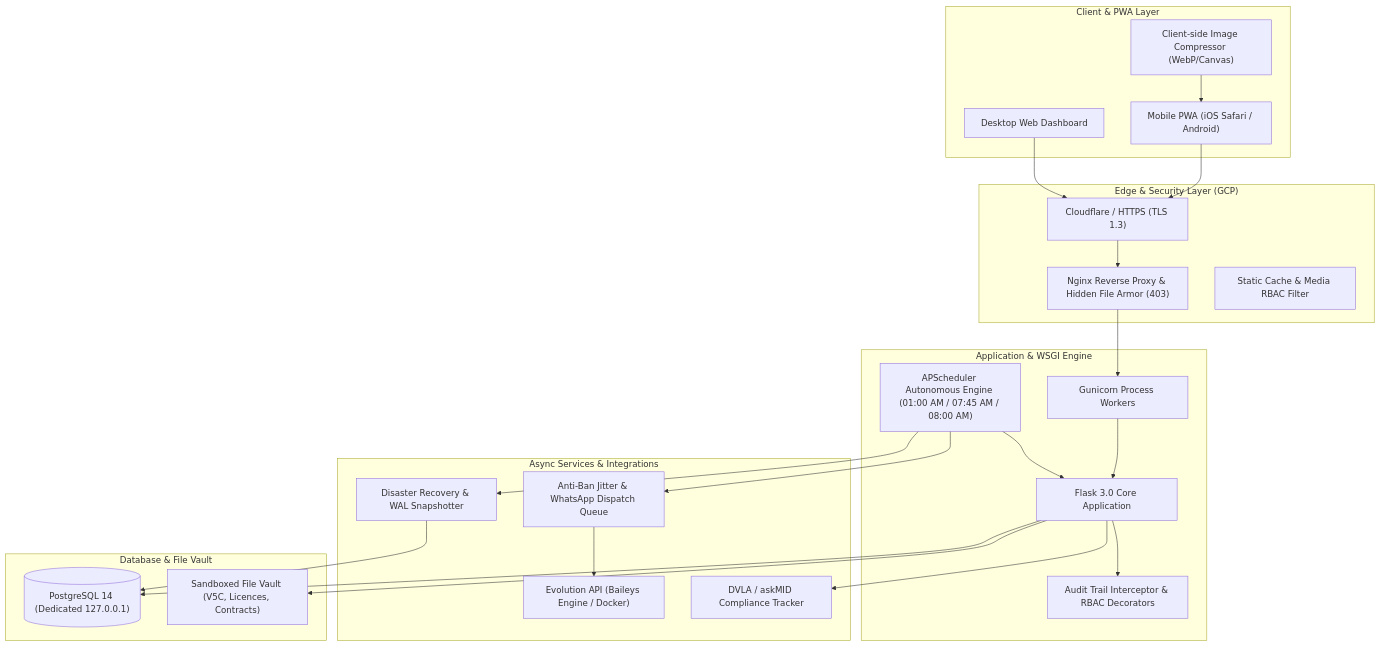
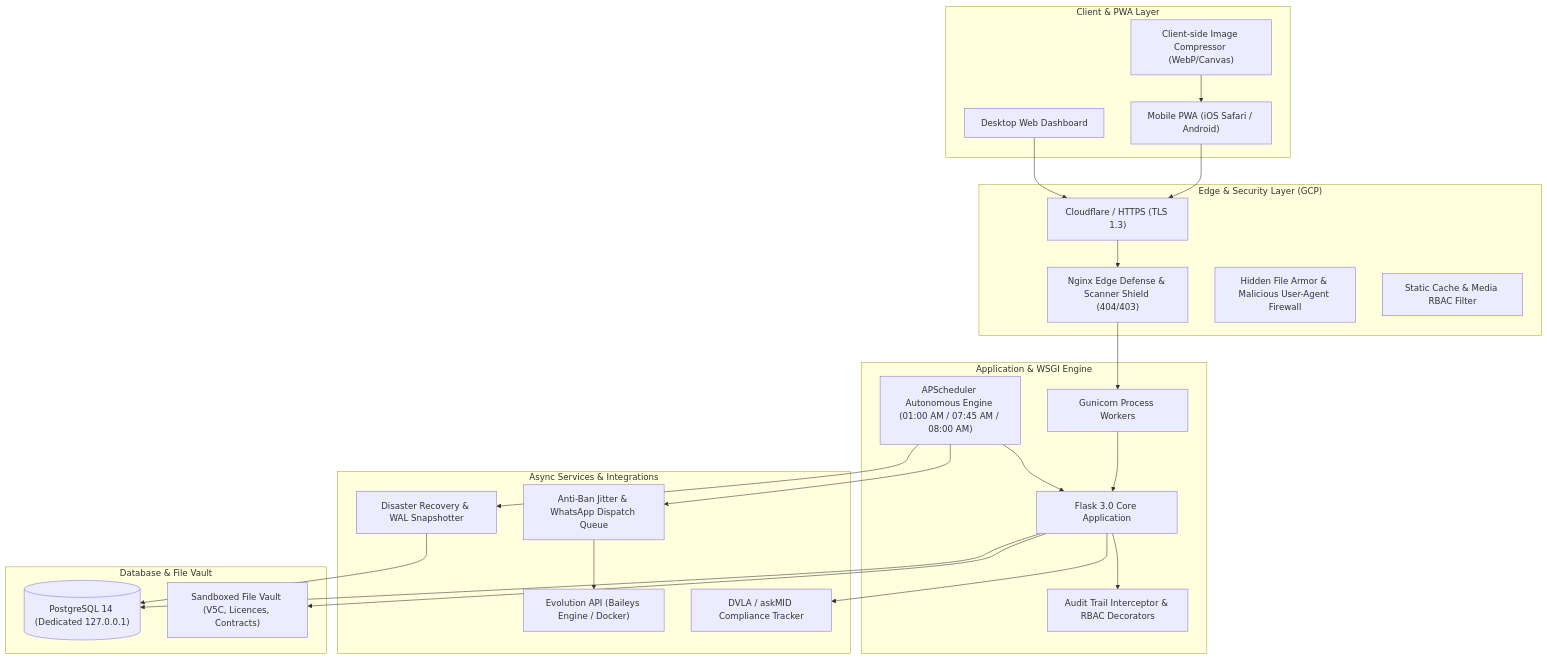
Before and after one commit to tmuniz570/enterprise-fleet-management-showcase: the diagram in README.md, drawn with Mermaid. The commit also changed other lines of this file, not shown here.

Commit message:
feat(architecture): add edge hardening and automated scanner defense specifications

````diff
--- a/README.md
+++ b/README.md
@@ -41,48 +41,49 @@
 ```mermaid
 flowchart TD
     subgraph ClientLayer ["Client & PWA Layer"]
         A1["Mobile PWA (iOS Safari / Android)"]
         A2["Desktop Web Dashboard"]
         A3["Client-side Image Compressor (WebP/Canvas)"]
     end
 
     subgraph EdgeLayer ["Edge & Security Layer (GCP)"]
         B1["Cloudflare / HTTPS (TLS 1.3)"]
-        B2["Nginx Reverse Proxy & Hidden File Armor (403)"]
-        B3["Static Cache & Media RBAC Filter"]
+        B2["Nginx Edge Defense & Scanner Shield (404/403)"]
+        B3["Hidden File Armor & Malicious User-Agent Firewall"]
+        B4["Static Cache & Media RBAC Filter"]
     end
 
     subgraph AppLayer ["Application & WSGI Engine"]
         C1["Gunicorn Process Workers"]
         C2["Flask 3.0 Core Application"]
         C3["APScheduler Autonomous Engine (01:00 AM / 07:45 AM / 08:00 AM)"]
         C4["Audit Trail Interceptor & RBAC Decorators"]
     end
 
     subgraph ServiceLayer ["Async Services & Integrations"]
         D1["Evolution API (Baileys Engine / Docker)"]
         D2["Anti-Ban Jitter & WhatsApp Dispatch Queue"]
         D3["DVLA / askMID Compliance Tracker"]
         D4["Disaster Recovery & WAL Snapshotter"]
     end
 
     subgraph StorageLayer ["Database & File Vault"]
         E1[("PostgreSQL 14 (Dedicated 127.0.0.1)")]
         E2["Sandboxed File Vault (V5C, Licences, Contracts)"]
     end
 
     A1 & A2 --> B1
     A3 --> A1
     B1 --> B2
     B2 --> C1
     C1 --> C2
     C2 --> C4
     C2 --> E1
     C2 --> E2
     C3 --> C2
     C3 --> D2
     D2 --> D1
     C2 --> D3
     C3 --> D4
     D4 --> E1
 ```
````
